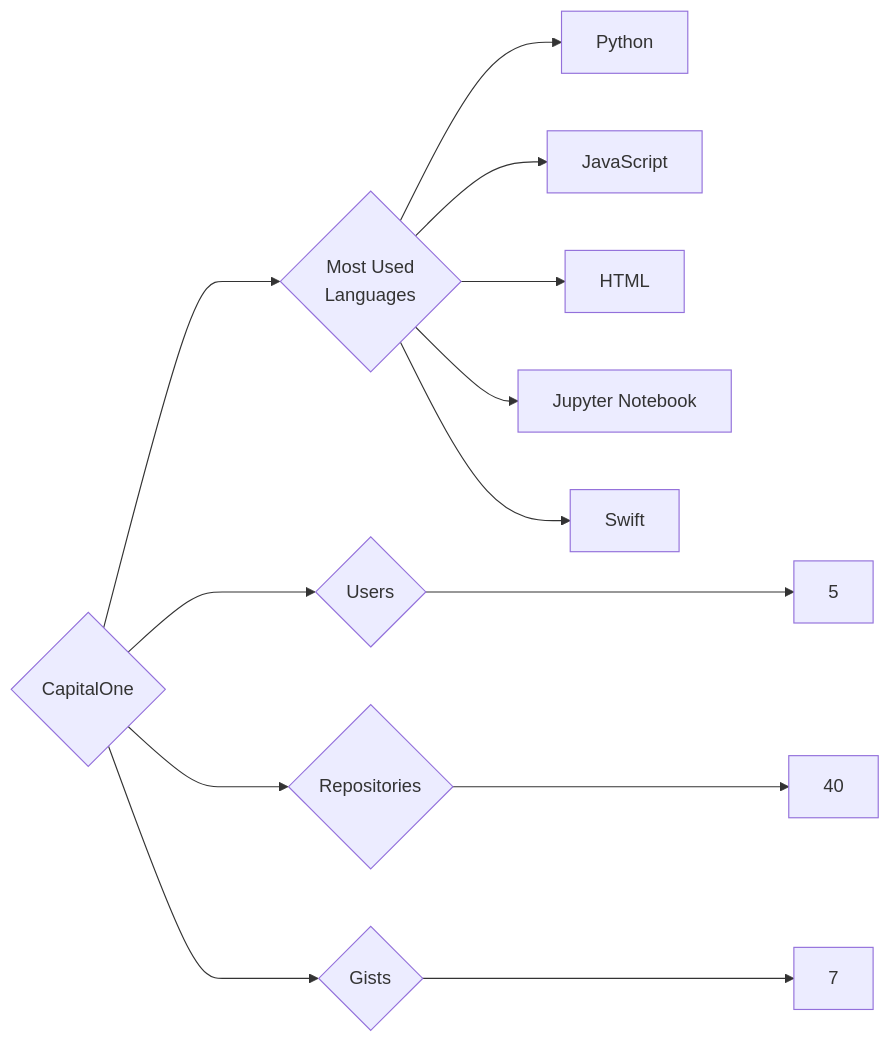
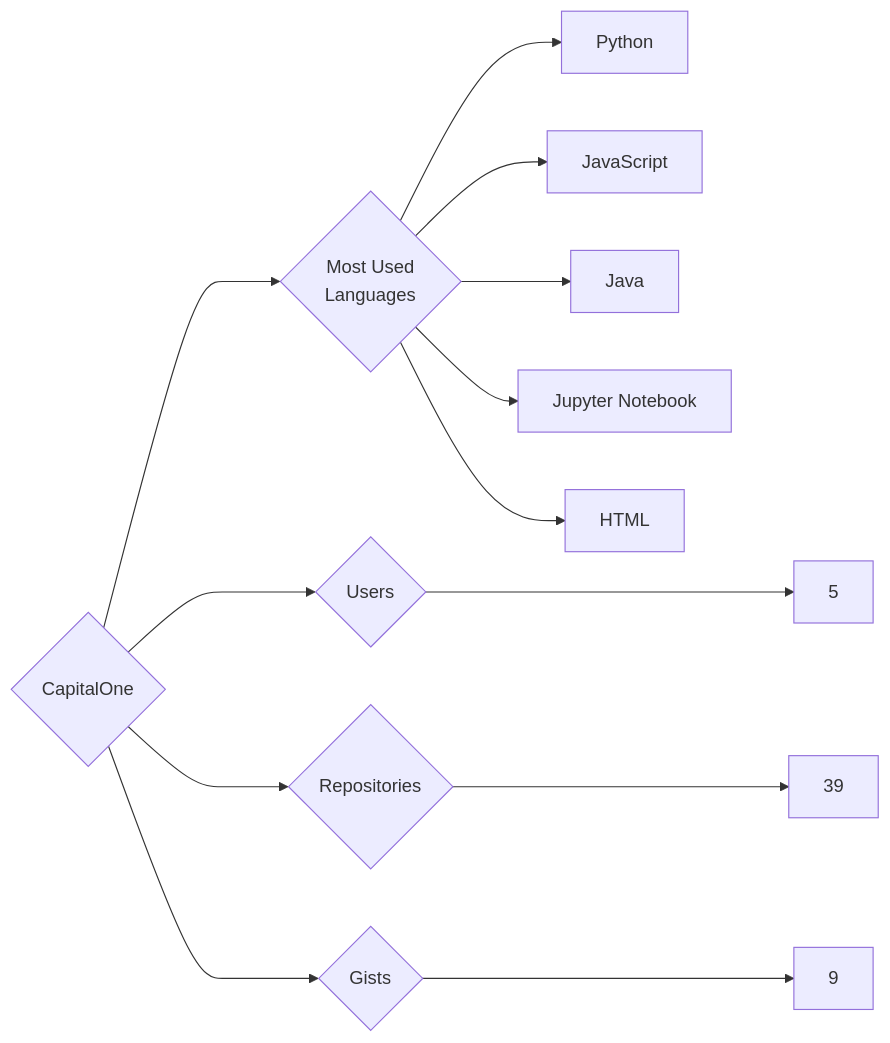
One commit to trickest/insiders changed the diagram in targets/CapitalOne/README.md. Above: the diagram before and after it, drawn with Mermaid. The commit also changed 942 other files, not shown here.

````diff
--- a/targets/CapitalOne/README.md
+++ b/targets/CapitalOne/README.md
@@ -3,13 +3,13 @@
 ```mermaid
 graph LR
 COMPANY_NAME{CapitalOne}
 COMPANY_NAME ---> U{Users} ---> UN[5]
-COMPANY_NAME ---> R{Repositories} ---> RN[40]
-COMPANY_NAME ---> G{Gists} ---> GN[7]
+COMPANY_NAME ---> R{Repositories} ---> RN[39]
+COMPANY_NAME ---> G{Gists} ---> GN[9]
 COMPANY_NAME ---> ML{Most Used<br>Languages}
 ML --> Python[Python]
 ML --> JavaScript[JavaScript]
+ML --> Java[Java]
+ML --> Jupyter_Notebook[Jupyter Notebook]
 ML --> HTML[HTML]
-ML --> Jupyter_Notebook[Jupyter Notebook]
-ML --> Swift[Swift]
 ```
````
